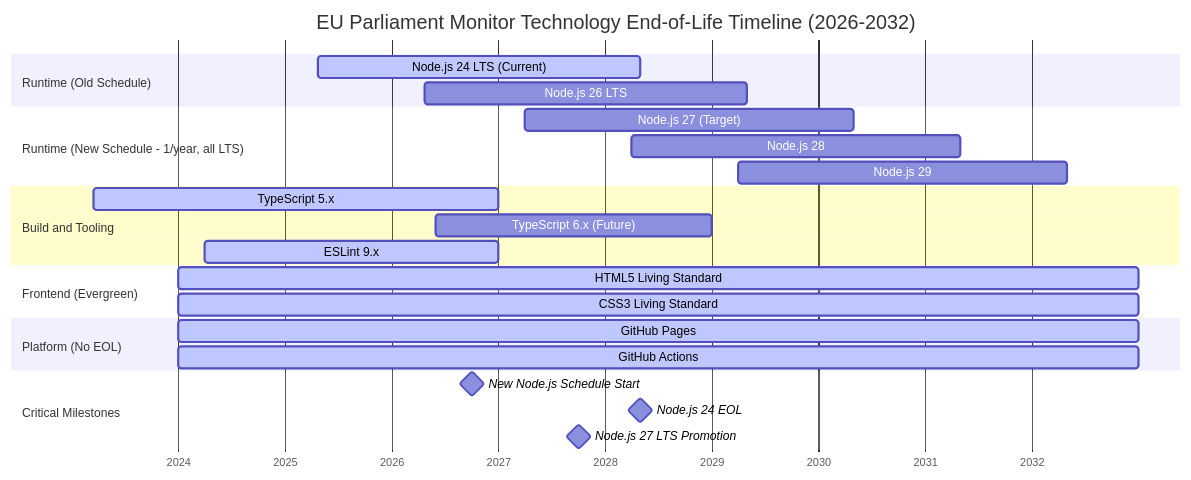
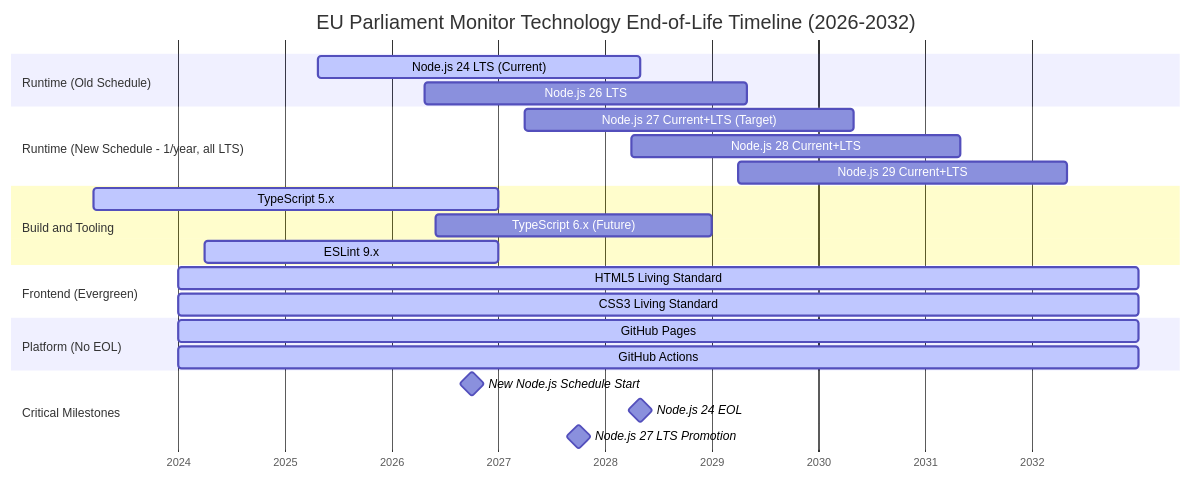
Before and after one commit to Hack23/euparliamentmonitor: the fifth of 6 diagrams in End-of-Life-Strategy.md, drawn with Mermaid. The commit also changed 2 other files, not shown here.

Commit message:
Apply review feedback round 11: fix runbook orphan branch ordering, add explicit push command, fix Gantt LTS bar labels, mark hosting runbook as done

````diff
--- a/End-of-Life-Strategy.md
+++ b/End-of-Life-Strategy.md
@@ -369,33 +369,33 @@
 ```mermaid
 gantt
     title EU Parliament Monitor Technology End-of-Life Timeline (2026-2032)
     dateFormat YYYY-MM-DD
     axisFormat %Y
 
     section Runtime (Old Schedule)
     Node.js 24 LTS (Current)    :active, node24, 2025-04-22, 2028-04-30
     Node.js 26 LTS              :node26, 2026-04-22, 2029-04-30
 
     section Runtime (New Schedule - 1/year, all LTS)
-    Node.js 27 (Target)         :node27, 2027-04-01, 2030-04-30
-    Node.js 28                  :node28, 2028-04-01, 2031-04-30
-    Node.js 29                  :node29, 2029-04-01, 2032-04-30
+    Node.js 27 Current+LTS (Target) :node27, 2027-04-01, 2030-04-30
+    Node.js 28 Current+LTS          :node28, 2028-04-01, 2031-04-30
+    Node.js 29 Current+LTS          :node29, 2029-04-01, 2032-04-30
 
     section Build and Tooling
     TypeScript 5.x              :active, ts5, 2023-03-16, 2026-12-31
     TypeScript 6.x (Future)     :ts6, 2026-06-01, 2028-12-31
     ESLint 9.x                  :active, eslint9, 2024-04-01, 2026-12-31
 
     section Frontend (Evergreen)
     HTML5 Living Standard       :active, html5, 2024-01-01, 2032-12-31
     CSS3 Living Standard        :active, css3, 2024-01-01, 2032-12-31
 
     section Platform (No EOL)
     GitHub Pages                :active, ghpages, 2024-01-01, 2032-12-31
     GitHub Actions              :active, ghactions, 2024-01-01, 2032-12-31
 
     section Critical Milestones
     New Node.js Schedule Start  :milestone, newschedule, 2026-10-01, 0d
     Node.js 24 EOL              :milestone, node24eol, 2028-04-30, 0d
     Node.js 27 LTS Promotion    :milestone, node27lts, 2027-10-01, 0d
 ```
````
